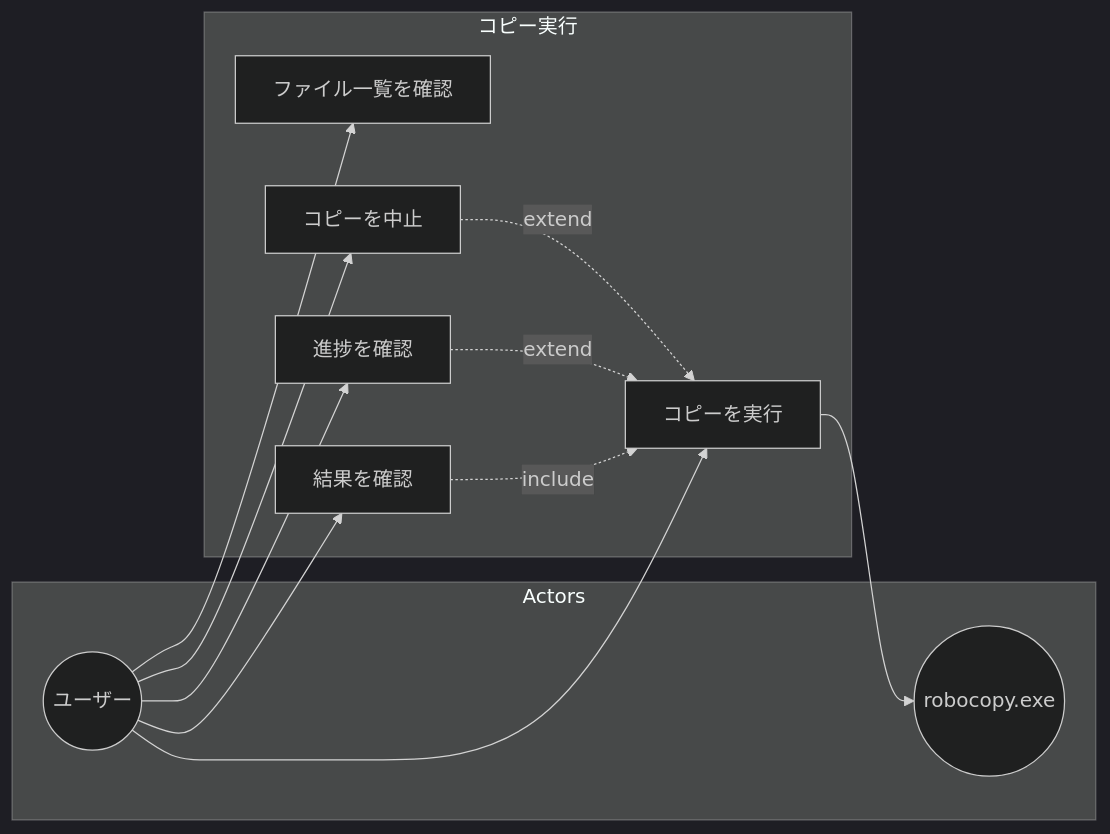
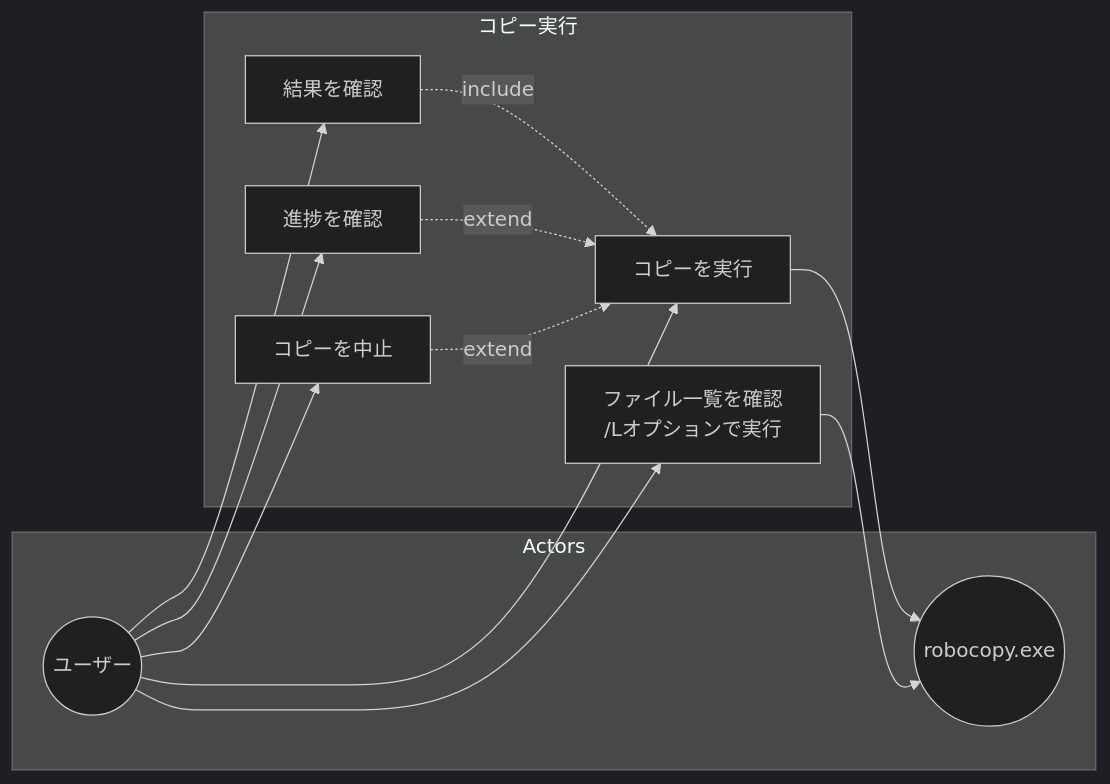
One commit to hn770123/GUI-robocopy changed the fourth of 4 diagrams in docs/usecase-diagram.md. Above: the diagram before and after it, drawn with Mermaid (dark theme). The commit also changed other lines of this file and 4 other files, not shown here.

````diff
--- a/docs/usecase-diagram.md
+++ b/docs/usecase-diagram.md
@@ -101,26 +102,27 @@
 ```mermaid
 flowchart LR
     subgraph Actors
         User((ユーザー))
         System((robocopy.exe))
     end
     
     subgraph "コピー実行"
-        UC1[ファイル一覧を確認]
+        UC1[ファイル一覧を確認<br/>/Lオプションで実行]
         UC2[コピーを実行]
         UC3[コピーを中止]
         UC4[進捗を確認]
         UC5[結果を確認]
     end
     
     User --> UC1
     User --> UC2
     User --> UC3
     User --> UC4
     User --> UC5
     
+    UC1 --> System
     UC2 --> System
     UC3 -.->|extend| UC2
     UC4 -.->|extend| UC2
     UC5 -.->|include| UC2
 ```
````
